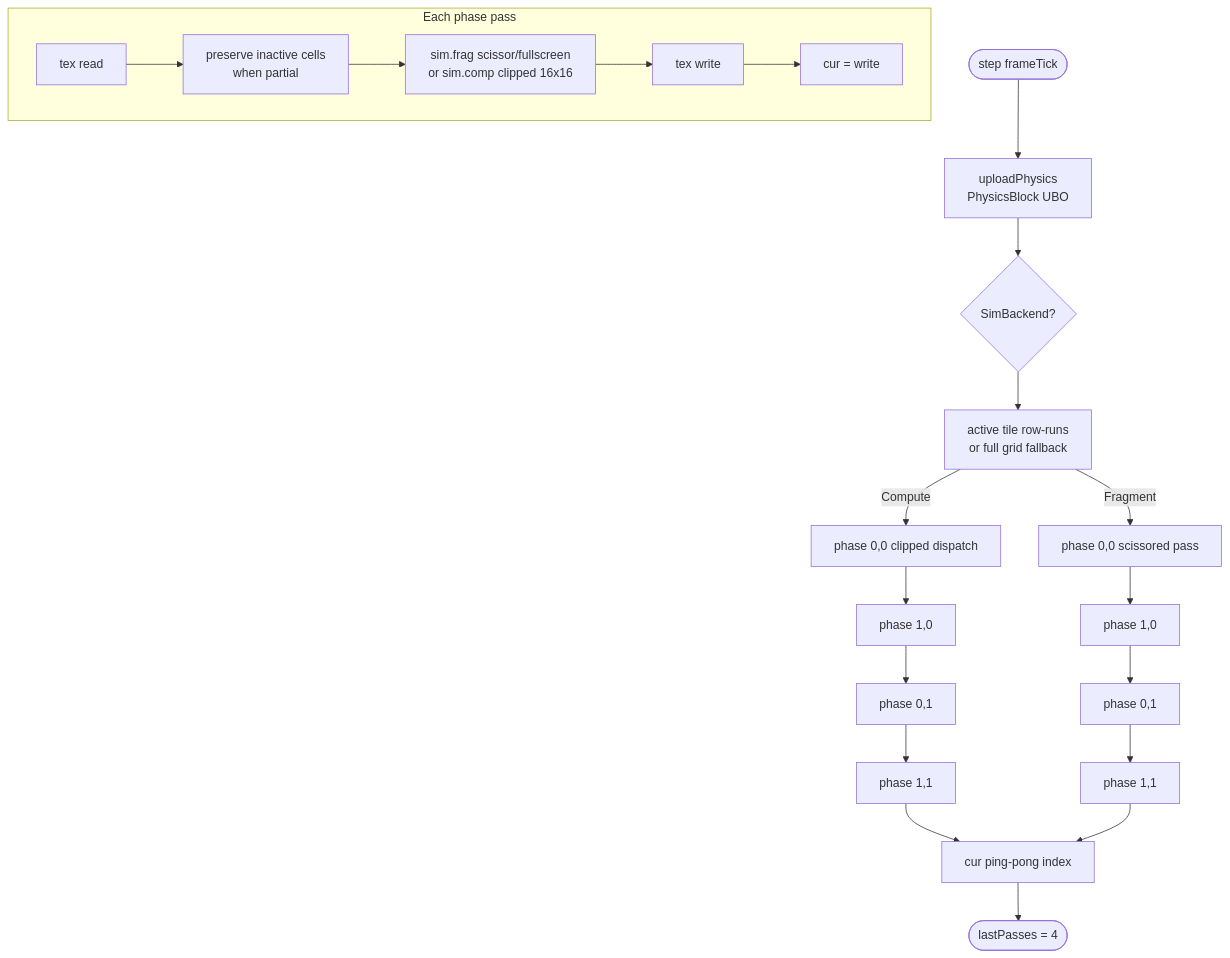
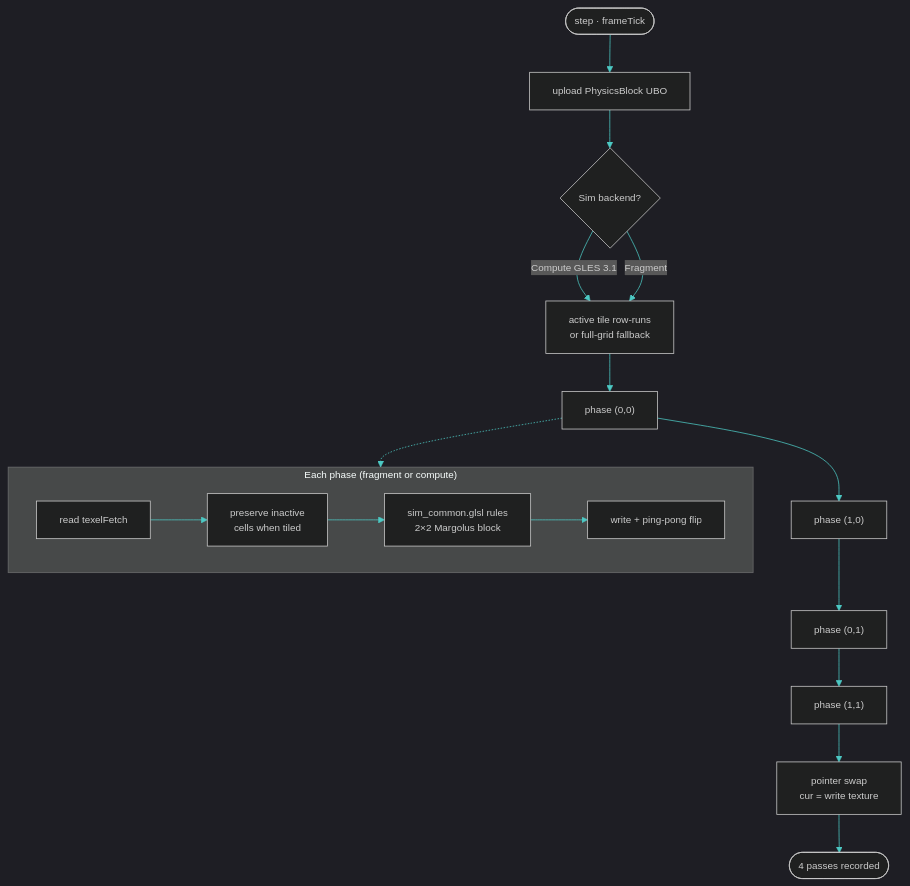
Before and after one commit to antoinebou12/nxsand: the diagram in docs/diagrams/sim-margolus-step.mmd, drawn with Mermaid. The commit also changed 84 other files, not shown here.

```diff
--- a/docs/diagrams/sim-margolus-step.mmd
+++ b/docs/diagrams/sim-margolus-step.mmd
@@ -1,23 +1,22 @@
-%% One sim substep (source/gpu/sim_pipeline.cpp)
+%% One sim substep — source/gpu/sim_pipeline.cpp
+%%{init: {'theme': 'dark', 'themeVariables': {'fontSize': '13px', 'primaryColor': '#1e2a42', 'primaryTextColor': '#e6eef4', 'primaryBorderColor': '#f0b43c', 'lineColor': '#4dc9c4'}}}%%
 flowchart TB
-  Start([step frameTick]) --> Upload[uploadPhysics\nPhysicsBlock UBO]
-  Upload --> Backend{SimBackend?}
-  Backend --> Bounds[active tile row-runs\nor full grid fallback]
-  Bounds -->|Compute| C0[phase 0,0 clipped dispatch]
-  Bounds -->|Fragment| F0[phase 0,0 scissored pass]
-  C0 --> C1[phase 1,0]
-  C1 --> C2[phase 0,1]
-  C2 --> C3[phase 1,1]
-  F0 --> F1[phase 1,0]
-  F1 --> F2[phase 0,1]
-  F2 --> F3[phase 1,1]
-  C3 --> Swap[cur ping-pong index]
-  F3 --> Swap
-  Swap --> Done([lastPasses = 4])
+  START([step · frameTick]) --> UBO[upload PhysicsBlock UBO]
+  UBO --> MODE{Sim backend?}
+  MODE -->|Compute GLES 3.1| ACT[active tile row-runs\nor full-grid fallback]
+  MODE -->|Fragment| ACT
+  ACT --> P0["phase (0,0)"]
+  P0 --> P1["phase (1,0)"]
+  P1 --> P2["phase (0,1)"]
+  P2 --> P3["phase (1,1)"]
+  P3 --> SWAP[pointer swap\ncur = write texture]
+  SWAP --> DONE([4 passes recorded])
 
-  subgraph Pass["Each phase pass"]
-    Read[tex read] --> Preserve[preserve inactive cells\nwhen partial]
-    Preserve --> Shader[sim.frag scissor/fullscreen\nor sim.comp clipped 16x16]
-    Shader --> Write[tex write]
-    Write --> Flip[cur = write]
+  subgraph PASS["Each phase (fragment or compute)"]
+    direction LR
+    R[read texelFetch] --> K[preserve inactive\ncells when tiled]
+    K --> S[sim_common.glsl rules\n2×2 Margolus block]
+    S --> W[write + ping-pong flip]
   end
+
+  P0 -.-> PASS
```
